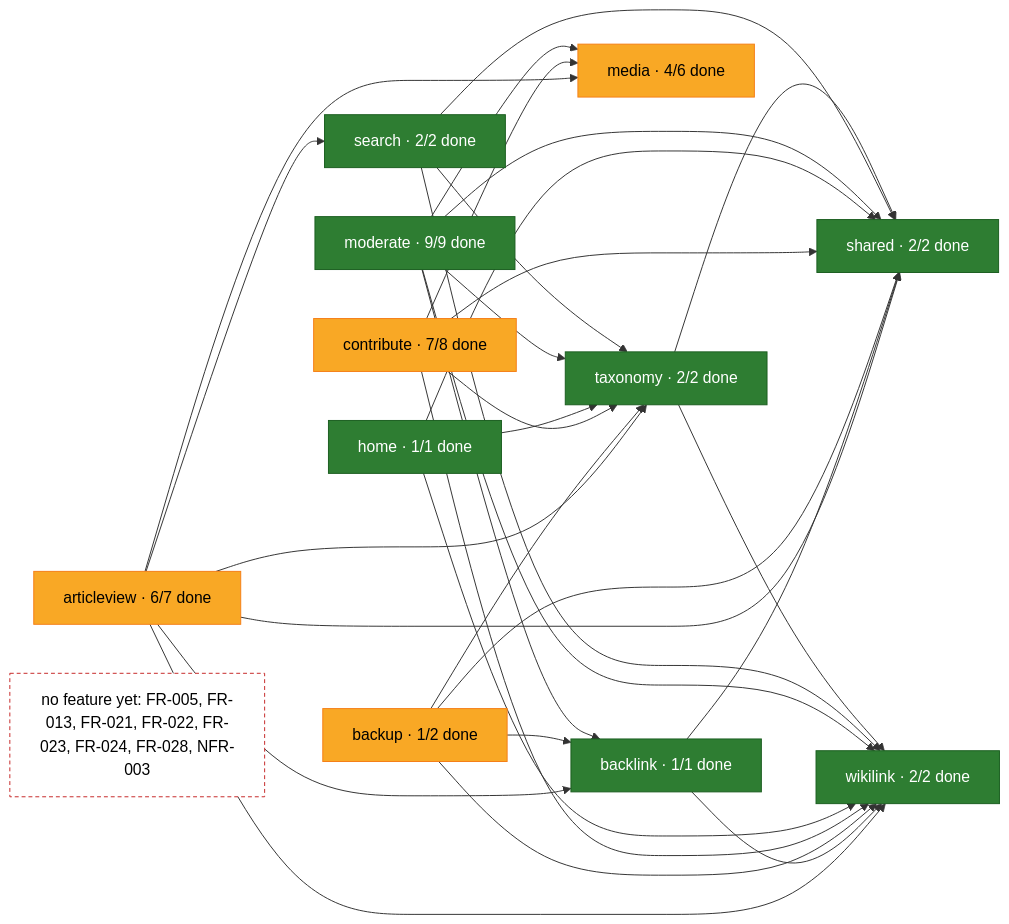
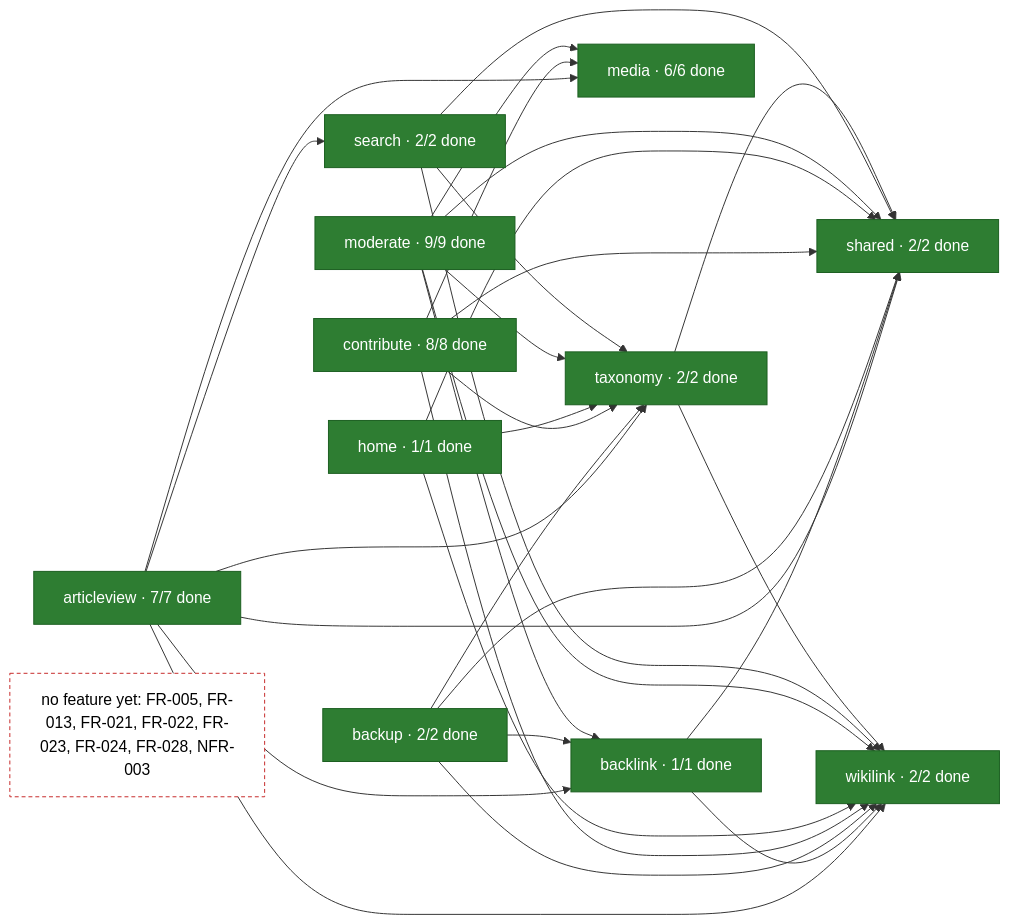
The second of 2 diagrams in docs/gap-list.md (rikire/Exchange-Student-Guide-Platform), drawn with Mermaid before and after one commit. The commit also changed other lines of this file and 2 other files, not shown here.

First line of the commit message:
docs: NFR-004 done, on the human's decision [NFR-004]

````diff
--- a/docs/gap-list.md
+++ b/docs/gap-list.md
@@ -24,48 +24,48 @@
 ```mermaid
 flowchart LR
-    articleview["articleview · 6/7 done"]:::partial
+    articleview["articleview · 7/7 done"]:::done
     backlink["backlink · 1/1 done"]:::done
-    backup["backup · 1/2 done"]:::partial
-    contribute["contribute · 7/8 done"]:::partial
+    backup["backup · 2/2 done"]:::done
+    contribute["contribute · 8/8 done"]:::done
     home["home · 1/1 done"]:::done
-    media["media · 4/6 done"]:::partial
+    media["media · 6/6 done"]:::done
     moderate["moderate · 9/9 done"]:::done
     search["search · 2/2 done"]:::done
     shared["shared · 2/2 done"]:::done
     taxonomy["taxonomy · 2/2 done"]:::done
     wikilink["wikilink · 2/2 done"]:::done
     unmapped["no feature yet: FR-005, FR-013, FR-021, FR-022, FR-023, FR-024, FR-028, NFR-003"]:::unmapped
     articleview --> backlink
     articleview --> media
     articleview --> search
     articleview --> shared
     articleview --> taxonomy
     articleview --> wikilink
     backlink --> shared
     backlink --> wikilink
     backup --> backlink
     backup --> shared
     backup --> taxonomy
     backup --> wikilink
     contribute --> media
     contribute --> shared
     contribute --> taxonomy
     contribute --> wikilink
     home --> shared
     home --> taxonomy
     home --> wikilink
     moderate --> backlink
     moderate --> media
     moderate --> shared
     moderate --> taxonomy
     moderate --> wikilink
     search --> shared
     search --> taxonomy
     search --> wikilink
     taxonomy --> shared
     taxonomy --> wikilink
     classDef done fill:#2e7d32,stroke:#1b5e20,color:#ffffff
     classDef partial fill:#f9a825,stroke:#f57f17,color:#000000
     classDef none fill:#e0e0e0,stroke:#9e9e9e,color:#000000
     classDef unmapped fill:#ffffff,stroke:#c62828,stroke-dasharray:4 3,color:#000000
 ```
````
